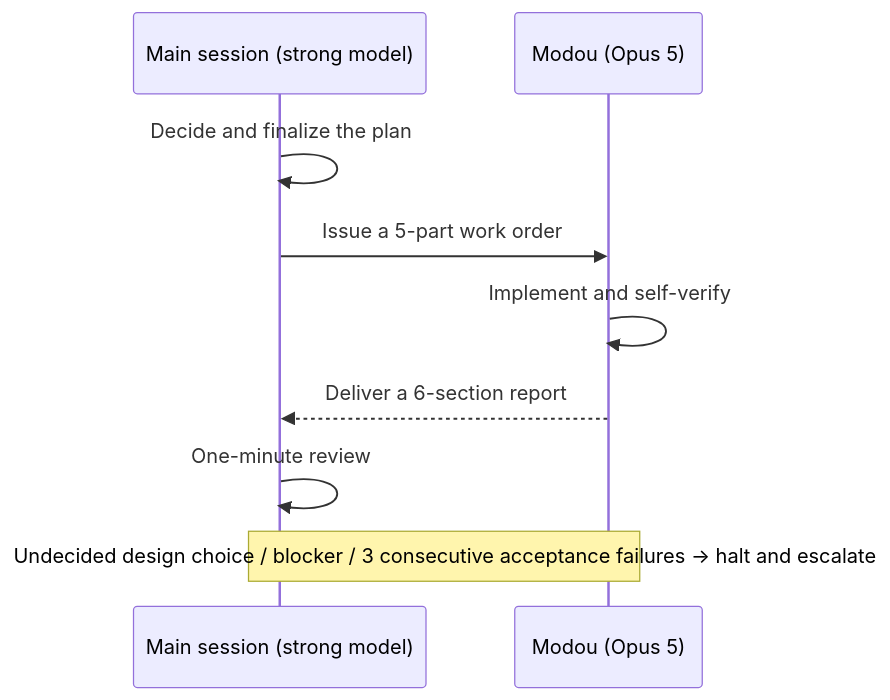
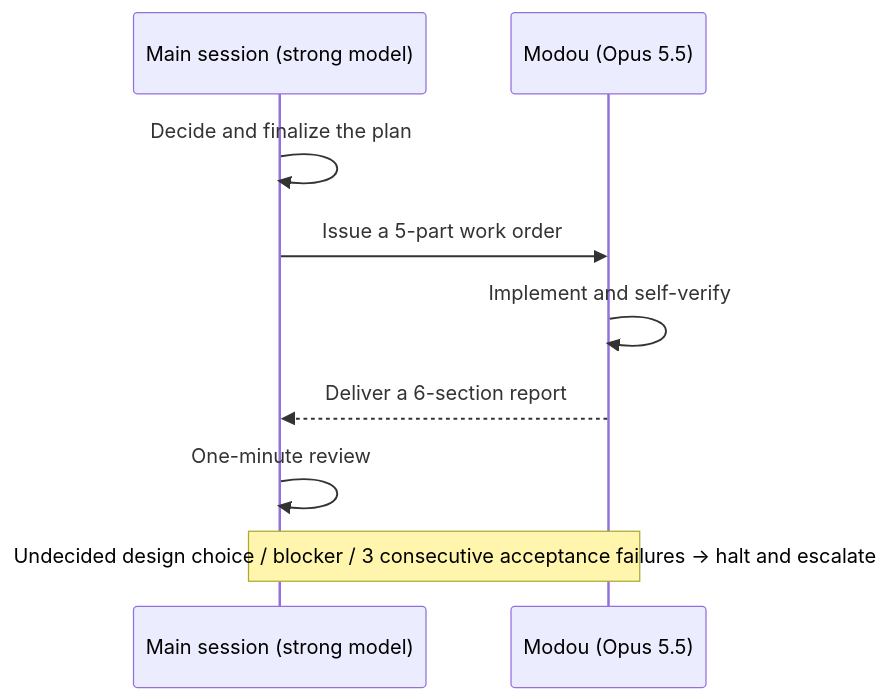
One commit to qq77666766-byte/modou changed the third of 3 diagrams in README.md. Above: the diagram before and after it, drawn with Mermaid. The commit also changed other lines of this file and 2 other files, not shown here.

First line of the commit message:
Adapt Modou to Opus 5.5 / Fable 5.1 lineup

````diff
--- a/README.md
+++ b/README.md
@@ -172,11 +172,11 @@
 ```mermaid
 sequenceDiagram
     participant M as Main session (strong model)
-    participant D as Modou (Opus 5)
+    participant D as Modou (Opus 5.5)
     M->>M: Decide and finalize the plan
     M->>D: Issue a 5-part work order
     D->>D: Implement and self-verify
     D-->>M: Deliver a 6-section report
     M->>M: One-minute review
     Note over D,M: Undecided design choice / blocker / 3 consecutive acceptance failures → halt and escalate
 ```
````
